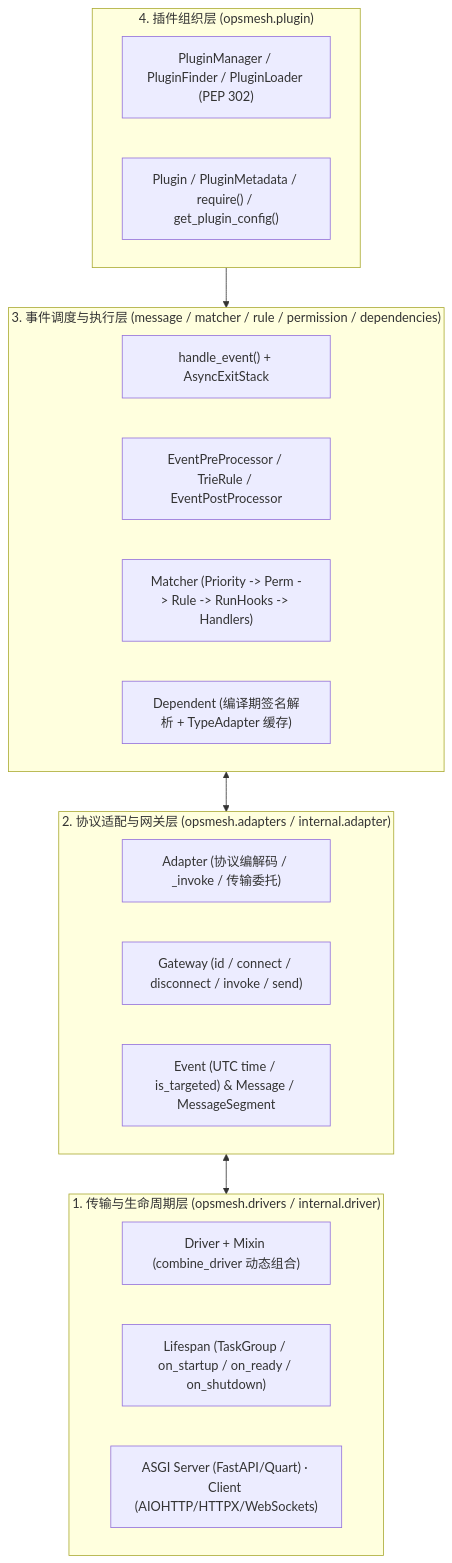
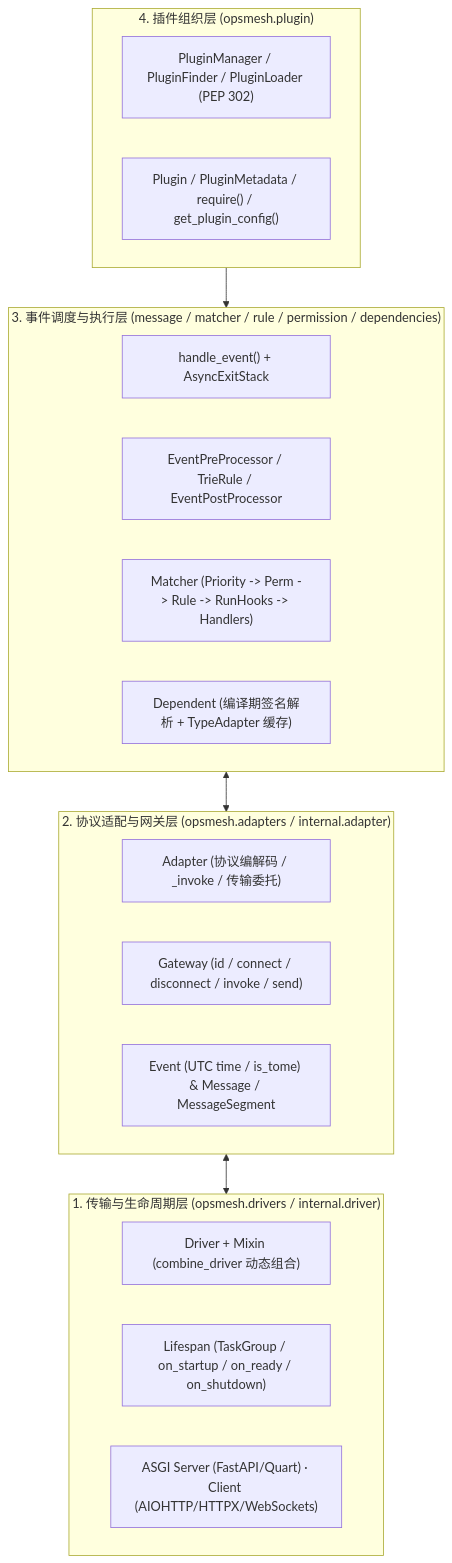
Before and after one commit to jhupo/OpsMesh: the first of 3 diagrams in docs/architecture.md, drawn with Mermaid. The commit also changed 13 other files, not shown here.

Commit message:
refactor(event): restore is_tome / to_me / EventToMe naming (#120)

````diff
--- a/docs/architecture.md
+++ b/docs/architecture.md
@@ -20,30 +20,30 @@
 ```mermaid
 flowchart TB
     subgraph L4["4. 插件组织层 (opsmesh.plugin)"]
         PM["PluginManager / PluginFinder / PluginLoader (PEP 302)"]
         PMeta["Plugin / PluginMetadata / require() / get_plugin_config()"]
     end
 
     subgraph L3["3. 事件调度与执行层 (message / matcher / rule / permission / dependencies)"]
         HE["handle_event() + AsyncExitStack"]
         PRE["EventPreProcessor / TrieRule / EventPostProcessor"]
         MAT["Matcher (Priority -> Perm -> Rule -> RunHooks -> Handlers)"]
         DI["Dependent (编译期签名解析 + TypeAdapter 缓存)"]
     end
 
     subgraph L2["2. 协议适配与网关层 (opsmesh.adapters / internal.adapter)"]
         AD["Adapter (协议编解码 / _invoke / 传输委托)"]
         GW["Gateway (id / connect / disconnect / invoke / send)"]
-        EV["Event (UTC time / is_targeted) & Message / MessageSegment"]
+        EV["Event (UTC time / is_tome) & Message / MessageSegment"]
     end
 
     subgraph L1["1. 传输与生命周期层 (opsmesh.drivers / internal.driver)"]
         DRV["Driver + Mixin (combine_driver 动态组合)"]
         LIFE["Lifespan (TaskGroup / on_startup / on_ready / on_shutdown)"]
         TRANS["ASGI Server (FastAPI/Quart) · Client (AIOHTTP/HTTPX/WebSockets)"]
     end
 
     L4 --> L3
     L3 <--> L2
     L2 <--> L1
 ```
````
